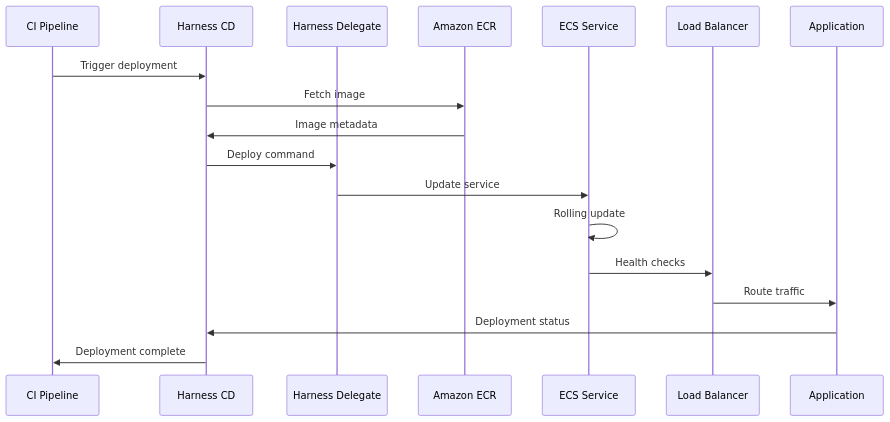
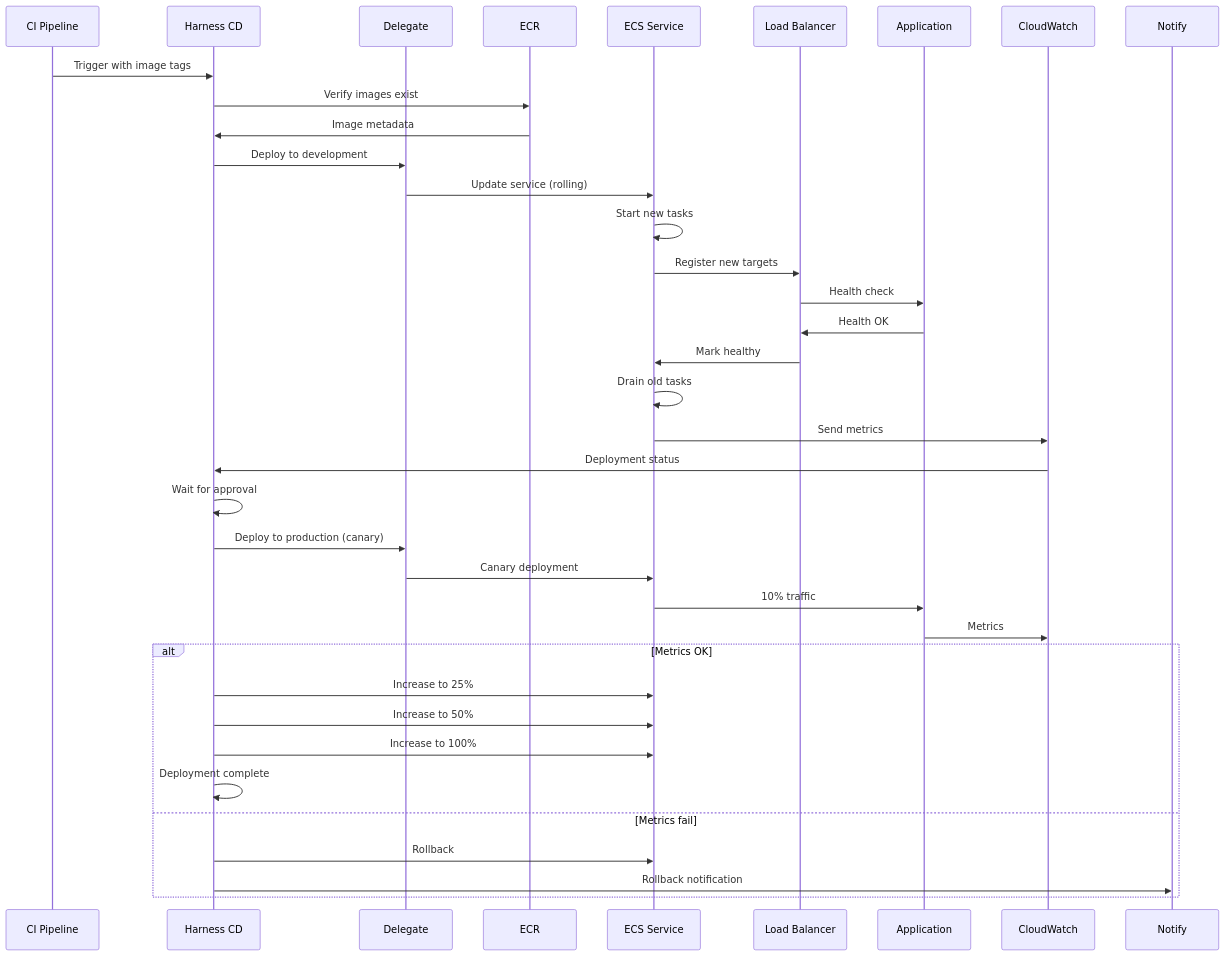
The ninth of 9 diagrams in genAI-labs/harness-devops-workshop/architecture.md (pxkundu/aws-genai-labs-builder), drawn with Mermaid before and after one commit. The commit also changed other lines of this file, not shown here.

Commit message:
Simplify and extend architecture document with detailed diagrams and comprehensive technical specifications

````diff
--- a/genAI-labs/harness-devops-workshop/architecture.md
+++ b/genAI-labs/harness-devops-workshop/architecture.md
@@ -243,21 +656,39 @@
 ```mermaid
 sequenceDiagram
     participant CI as CI Pipeline
     participant CD as Harness CD
-    participant Delegate as Harness Delegate
-    participant ECR as Amazon ECR
+    participant Delegate as Delegate
+    participant ECR as ECR
     participant ECS as ECS Service
     participant ALB as Load Balancer
     participant App as Application
+    participant Monitor as CloudWatch
     
-    CI->>CD: Trigger deployment
-    CD->>ECR: Fetch image
+    CI->>CD: Trigger with image tags
+    CD->>ECR: Verify images exist
     ECR->>CD: Image metadata
-    CD->>Delegate: Deploy command
-    Delegate->>ECS: Update service
-    ECS->>ECS: Rolling update
-    ECS->>ALB: Health checks
-    ALB->>App: Route traffic
-    App->>CD: Deployment status
-    CD->>CI: Deployment complete
+    CD->>Delegate: Deploy to development
+    Delegate->>ECS: Update service (rolling)
+    ECS->>ECS: Start new tasks
+    ECS->>ALB: Register new targets
+    ALB->>App: Health check
+    App->>ALB: Health OK
+    ALB->>ECS: Mark healthy
+    ECS->>ECS: Drain old tasks
+    ECS->>Monitor: Send metrics
+    Monitor->>CD: Deployment status
+    CD->>CD: Wait for approval
+    CD->>Delegate: Deploy to production (canary)
+    Delegate->>ECS: Canary deployment
+    ECS->>App: 10% traffic
+    App->>Monitor: Metrics
+    alt Metrics OK
+        CD->>ECS: Increase to 25%
+        CD->>ECS: Increase to 50%
+        CD->>ECS: Increase to 100%
+        CD->>CD: Deployment complete
+    else Metrics fail
+        CD->>ECS: Rollback
+        CD->>Notify: Rollback notification
+    end
 ```
````
